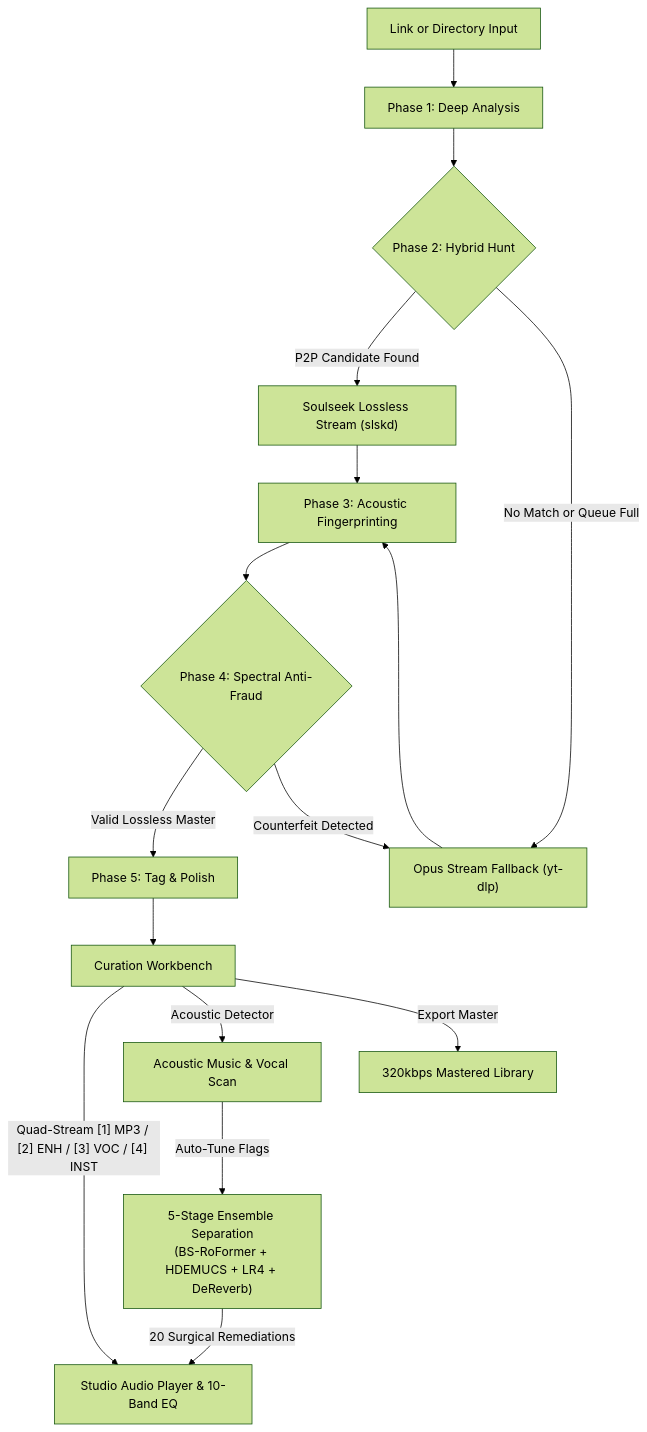
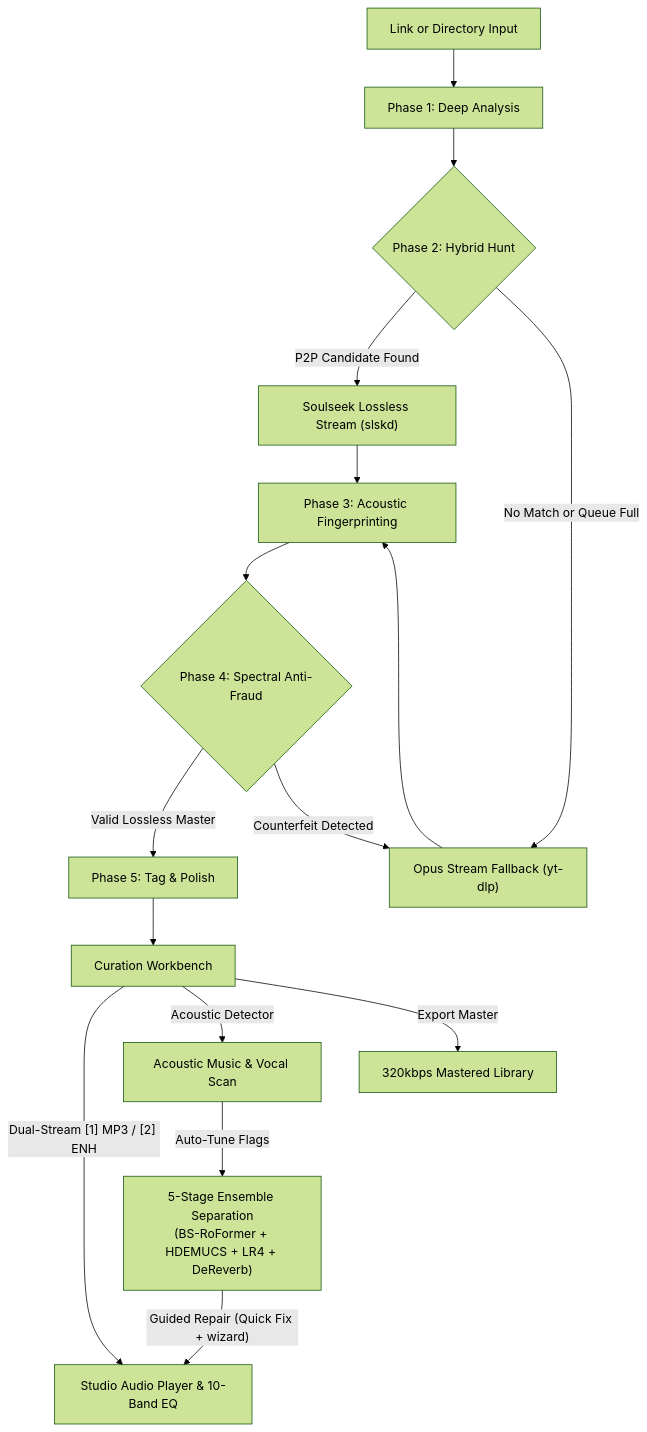
One commit to abdullah-binmadhi/OmniRip changed the diagram in README.md. Above: the diagram before and after it, drawn with Mermaid (forest theme). The commit also changed other lines of this file and 80 other files, not shown here.

First line of the commit message:
feat(workbench): guided repair, lossless exports & genre intent engine (docs/01 D35–D38, M18–M20)

````diff
--- a/README.md
+++ b/README.md
@@ -155,18 +112,18 @@
 ```mermaid
 graph TD
     A["Link or Directory Input"] --> P1["Phase 1: Deep Analysis"]
     P1 --> P2{"Phase 2: Hybrid Hunt"}
     P2 -->|"P2P Candidate Found"| S1["Soulseek Lossless Stream (slskd)"]
     P2 -->|"No Match or Queue Full"| S2["Opus Stream Fallback (yt-dlp)"]
     S1 --> P3["Phase 3: Acoustic Fingerprinting"]
     S2 --> P3
     P3 --> P4{"Phase 4: Spectral Anti-Fraud"}
     P4 -->|"Valid Lossless Master"| P5["Phase 5: Tag & Polish"]
     P4 -->|"Counterfeit Detected"| S2
     P5 --> WB["Curation Workbench"]
-    WB -->|"Quad-Stream [1] MP3 / [2] ENH / [3] VOC / [4] INST"| PL["Studio Audio Player & 10-Band EQ"]
+    WB -->|"Dual-Stream [1] MP3 / [2] ENH"| PL["Studio Audio Player & 10-Band EQ"]
     WB -->|"Acoustic Detector"| DET["Acoustic Music & Vocal Scan"]
     DET -->|"Auto-Tune Flags"| STM["5-Stage Ensemble Separation<br>(BS-RoFormer + HDEMUCS + LR4 + DeReverb)"]
-    STM -->|"20 Surgical Remediations"| PL
+    STM -->|"Guided Repair (Quick Fix + wizard)"| PL
     WB -->|"Export Master"| OUT["320kbps Mastered Library"]
 ```
````
